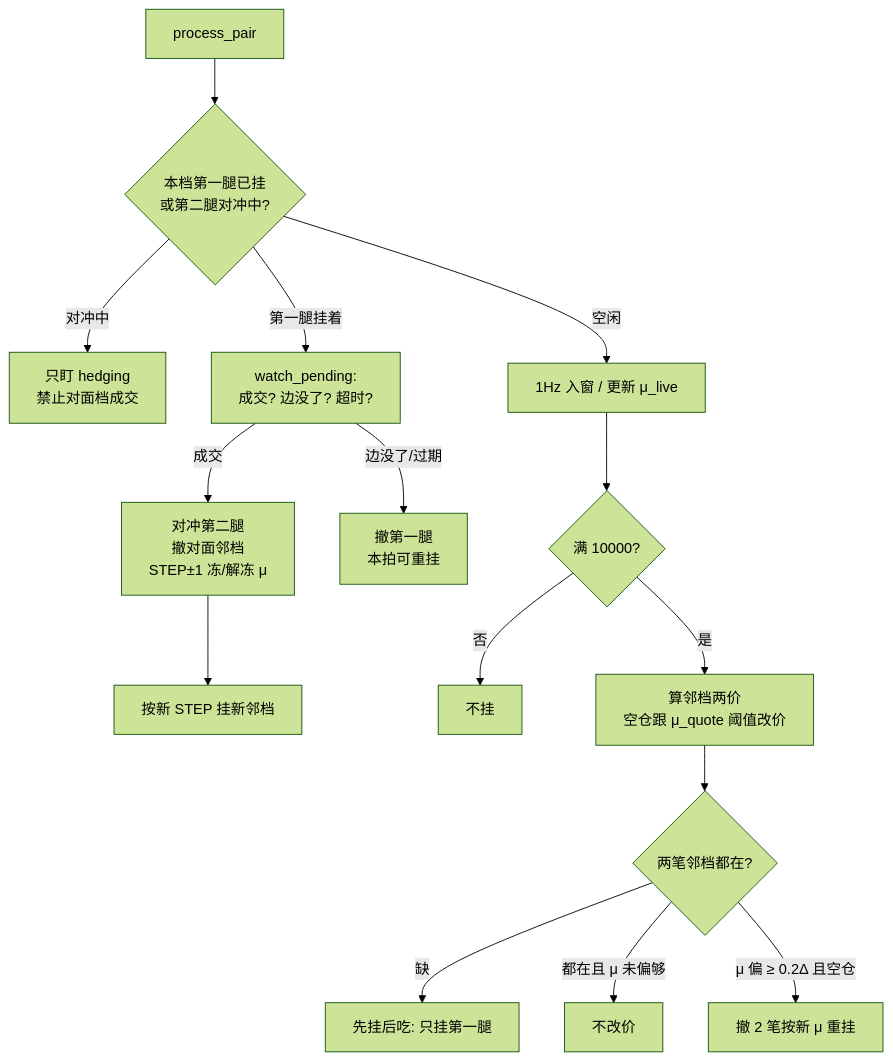
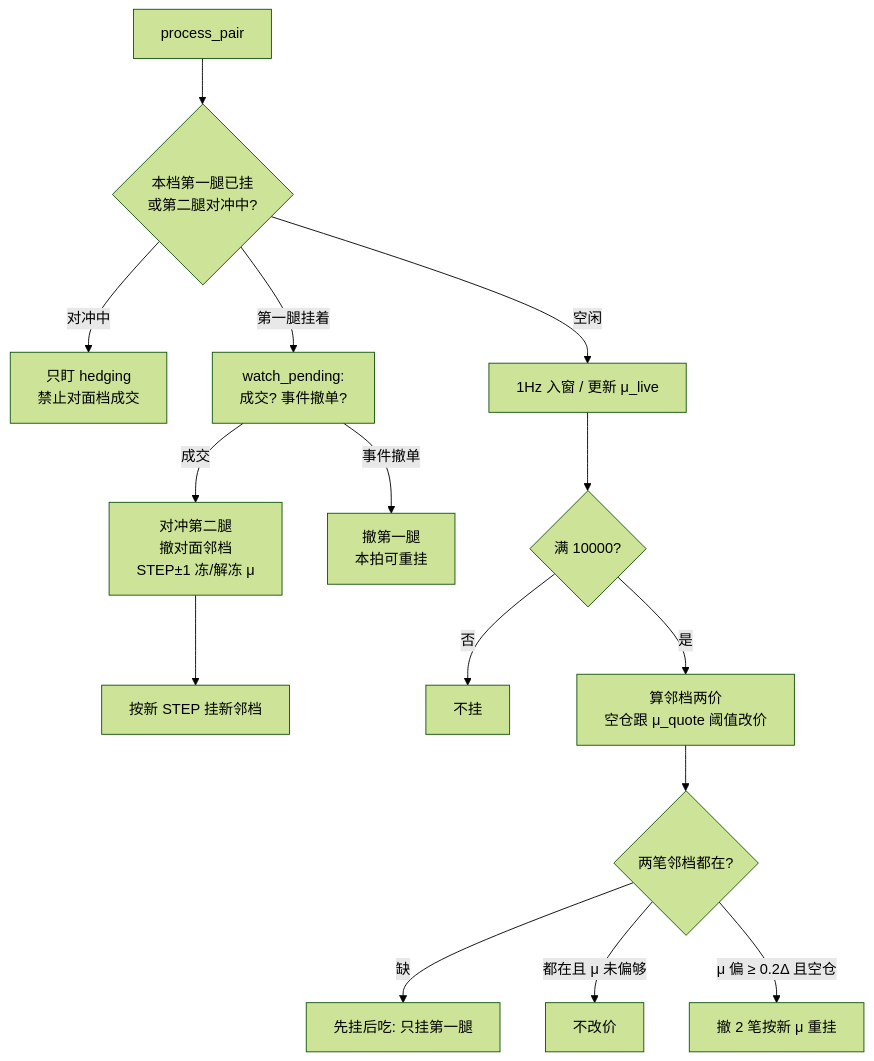
One commit to Dog-Feng/dex-arbitr changed the diagram in docs/滑动窗口-阶段2-对称挂限价.md. Above: the diagram before and after it, drawn with Mermaid (forest theme). The commit also changed other lines of this file and 41 other files, not shown here.

````diff
--- a/docs/滑动窗口-阶段2-对称挂限价.md
+++ b/docs/滑动窗口-阶段2-对称挂限价.md
@@ -49,17 +50,17 @@
 ```mermaid
 flowchart TD
   START[process_pair] --> INFLIGHT{本档第一腿已挂<br/>或第二腿对冲中?}
   INFLIGHT -->|对冲中| HEDGE[只盯 hedging<br/>禁止对面档成交]
-  INFLIGHT -->|第一腿挂着| WATCH[watch_pending:<br/>成交? 边没了? 超时?]
+  INFLIGHT -->|第一腿挂着| WATCH[watch_pending:<br/>成交? 事件撤单?]
   WATCH -->|成交| FILL[对冲第二腿<br/>撤对面邻档<br/>STEP±1 冻/解冻 μ]
   FILL --> PLACE[按新 STEP 挂新邻档]
-  WATCH -->|边没了/过期| CXL[撤第一腿<br/>本拍可重挂]
+  WATCH -->|事件撤单| CXL[撤第一腿<br/>本拍可重挂]
   INFLIGHT -->|空闲| WIN[1Hz 入窗 / 更新 μ_live]
   WIN --> FULL{满 10000?}
   FULL -->|否| IDLE[不挂]
   FULL -->|是| QUOTE[算邻档两价<br/>空仓跟 μ_quote 阈值改价]
   QUOTE --> REST{两笔邻档都在?}
   REST -->|缺| POST[先挂后吃: 只挂第一腿]
   REST -->|都在且 μ 未偏够| KEEP[不改价]
   REST -->|μ 偏 ≥ 0.2Δ 且空仓| REPLACE[撤 2 笔按新 μ 重挂]
 ```
````
